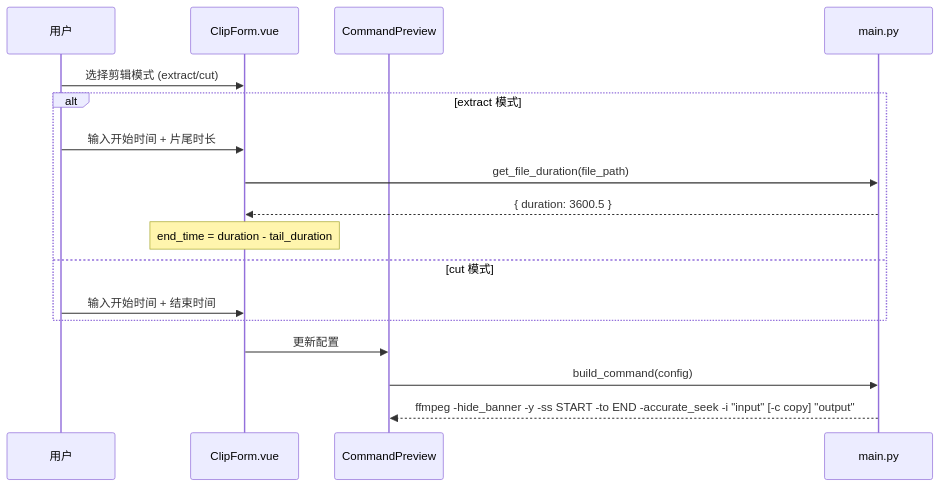
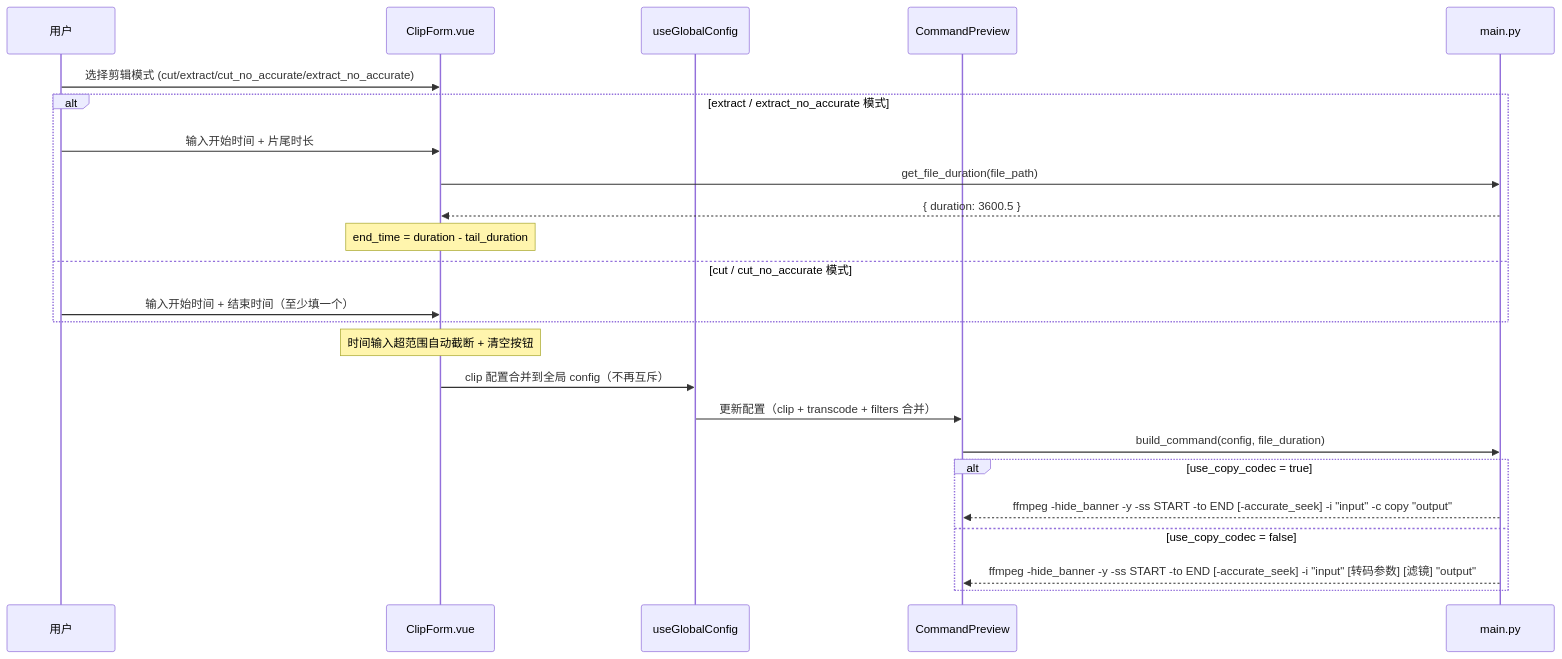
Before and after one commit to wish2333/ff-intelligent-neo: the sixth of 22 diagrams in docs/Procedure.md, drawn with Mermaid. The commit also changed other lines of this file and 5 other files, not shown here.

````diff
--- a/docs/Procedure.md
+++ b/docs/Procedure.md
@@ -342,20 +344,27 @@
 ```mermaid
 sequenceDiagram
     participant User as 用户
     participant ClipForm as ClipForm.vue
+    participant Config as useGlobalConfig
     participant Preview as CommandPreview
     participant Main as main.py
 
-    User->>ClipForm: 选择剪辑模式 (extract/cut)
-    alt extract 模式
+    User->>ClipForm: 选择剪辑模式 (cut/extract/cut_no_accurate/extract_no_accurate)
+    alt extract / extract_no_accurate 模式
         User->>ClipForm: 输入开始时间 + 片尾时长
         ClipForm->>Main: get_file_duration(file_path)
         Main-->>ClipForm: { duration: 3600.5 }
         Note over ClipForm: end_time = duration - tail_duration
-    else cut 模式
-        User->>ClipForm: 输入开始时间 + 结束时间
+    else cut / cut_no_accurate 模式
+        User->>ClipForm: 输入开始时间 + 结束时间（至少填一个）
     end
-    ClipForm->>Preview: 更新配置
-    Preview->>Main: build_command(config)
-    Main-->>Preview: ffmpeg -hide_banner -y -ss START -to END -accurate_seek -i "input" [-c copy] "output"
+    Note over ClipForm: 时间输入超范围自动截断 + 清空按钮
+    ClipForm->>Config: clip 配置合并到全局 config（不再互斥）
+    Config->>Preview: 更新配置（clip + transcode + filters 合并）
+    Preview->>Main: build_command(config, file_duration)
+    alt use_copy_codec = true
+        Main-->>Preview: ffmpeg -hide_banner -y -ss START -to END [-accurate_seek] -i "input" -c copy "output"
+    else use_copy_codec = false
+        Main-->>Preview: ffmpeg -hide_banner -y -ss START -to END [-accurate_seek] -i "input" [转码参数] [滤镜] "output"
+    end
 ```
````
